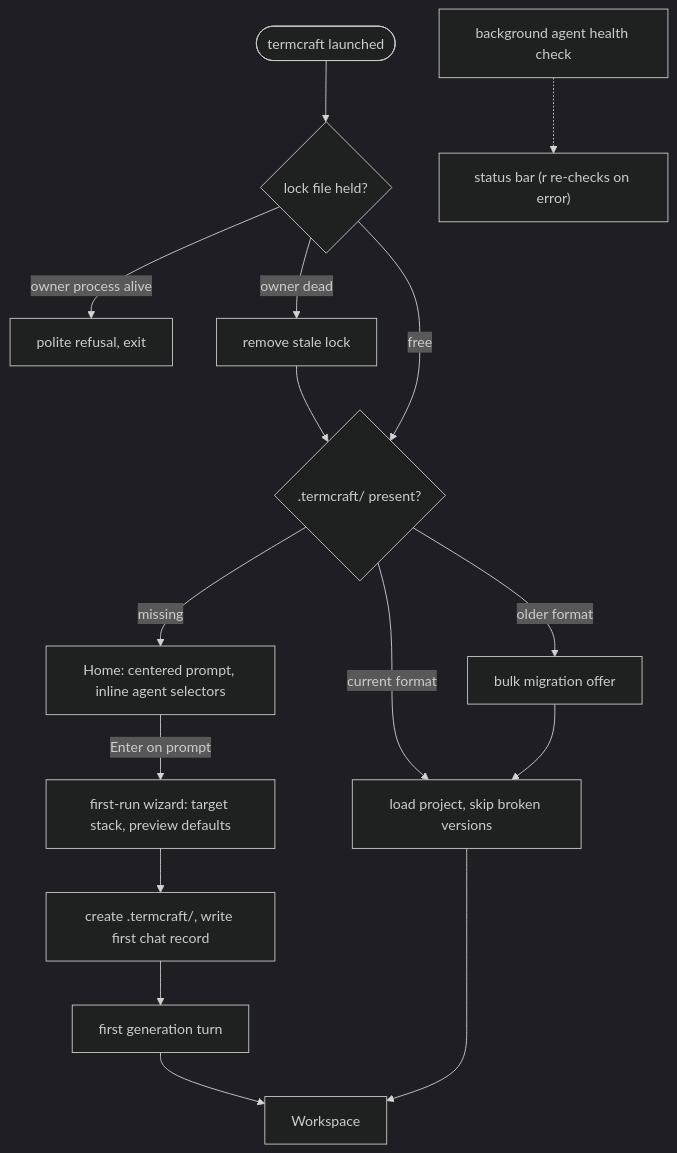
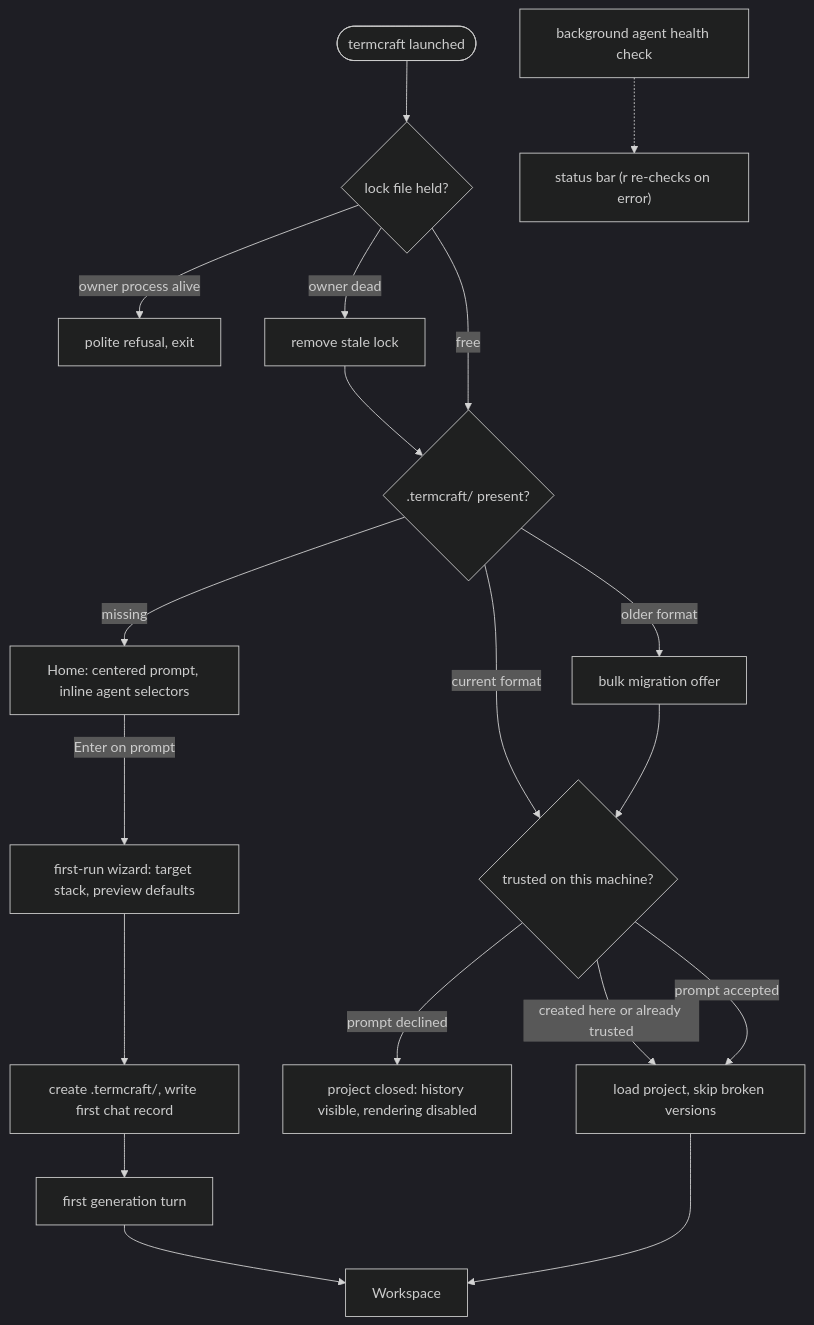
Before and after one commit to khmilevoi/termcraft: the diagram in docs/architecture/flows/launch.md, drawn with Mermaid (dark theme). The commit also changed other lines of this file and 12 other files, not shown here.

````diff
--- a/docs/architecture/flows/launch.md
+++ b/docs/architecture/flows/launch.md
@@ -3,16 +3,19 @@
 ```mermaid
 flowchart TD
     start(["termcraft launched"]) --> lockq{"lock file held?"}
     lockq -- "owner process alive" --> refuse["polite refusal, exit"]
     lockq -- "owner dead" --> stale["remove stale lock"] --> findq
     lockq -- "free" --> findq{".termcraft/ present?"}
     findq -- "missing" --> home["Home: centered prompt, inline agent selectors"]
-    findq -- "current format" --> load["load project, skip broken versions"]
-    findq -- "older format" --> offer["bulk migration offer"] --> load
+    findq -- "current format" --> trustq{"trusted on this machine?"}
+    findq -- "older format" --> offer["bulk migration offer"] --> trustq
+    trustq -- "created here or already trusted" --> load["load project, skip broken versions"]
+    trustq -- "prompt accepted" --> load
+    trustq -- "prompt declined" --> closed["project closed: history visible, rendering disabled"]
     home -- "Enter on prompt" --> wizard["first-run wizard: target stack, preview defaults"]
     wizard --> create["create .termcraft/, write first chat record"]
     create --> firstgen["first generation turn"]
     firstgen --> ws["Workspace"]
     load --> ws
     health["background agent health check"] -.-> bar["status bar (r re-checks on error)"]
 ```
````
